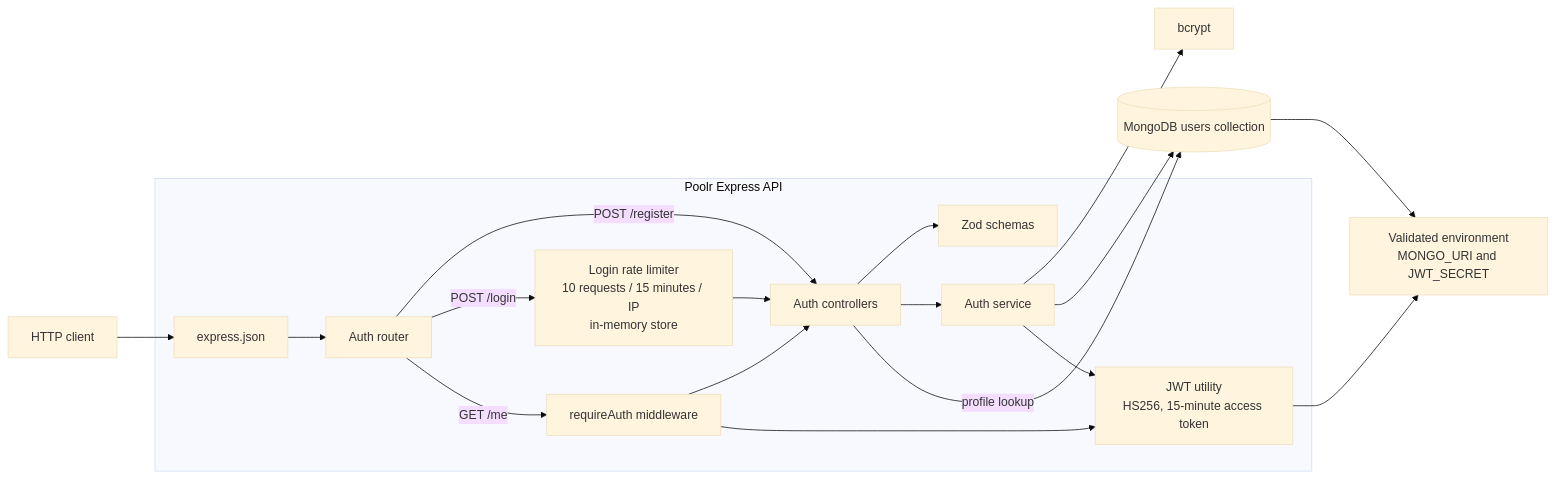
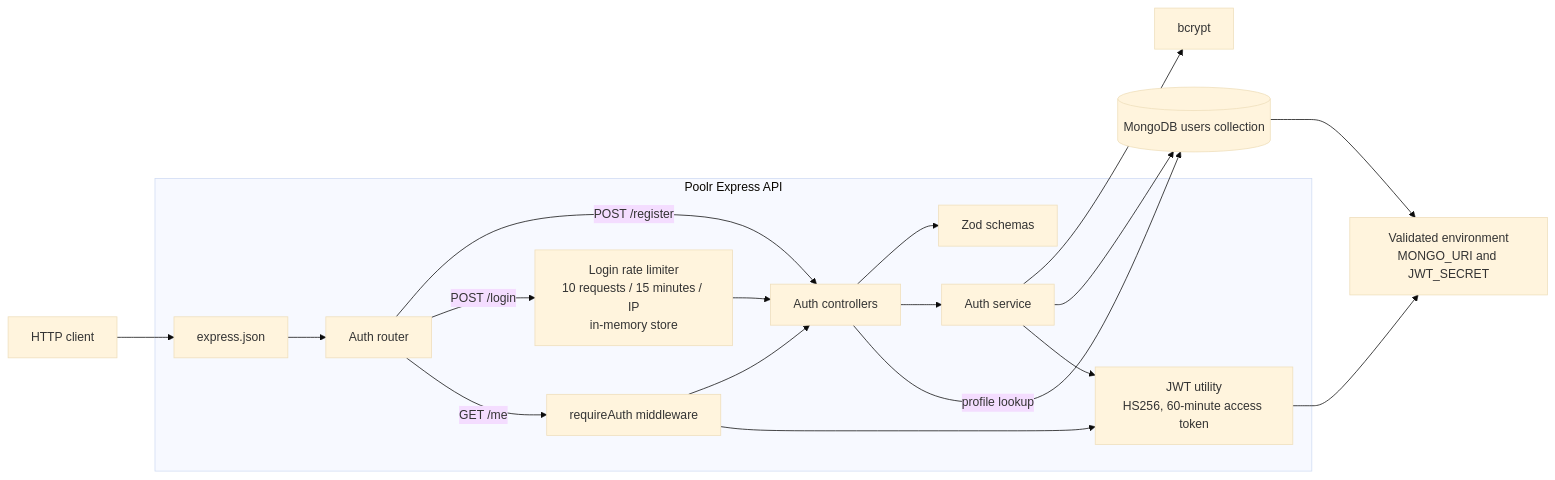
One commit to Rithvik911/Poolr changed the first of 4 diagrams in docs/architecture/authentication.md. Above: the diagram before and after it, drawn with Mermaid (base theme). The commit also changed other lines of this file and 7 other files, not shown here.

````diff
--- a/docs/architecture/authentication.md
+++ b/docs/architecture/authentication.md
@@ -7,33 +7,33 @@
 ```mermaid
 flowchart LR
     Client[HTTP client]
 
     subgraph API[Poolr Express API]
         JSON[express.json]
         Router[Auth router]
         LoginLimit[Login rate limiter\n10 requests / 15 minutes / IP\nin-memory store]
         AuthGuard[requireAuth middleware]
         Controller[Auth controllers]
         Validator[Zod schemas]
         Service[Auth service]
-        JWT[JWT utility\nHS256, 15-minute access token]
+        JWT[JWT utility\nHS256, 60-minute access token]
     end
 
     Bcrypt[bcrypt]
     Mongo[(MongoDB users collection)]
     Env[Validated environment\nMONGO_URI and JWT_SECRET]
 
     Client --> JSON --> Router
     Router -->|POST /register| Controller
     Router -->|POST /login| LoginLimit --> Controller
     Router -->|GET /me| AuthGuard --> Controller
     Controller --> Validator
     Controller --> Service
     Controller -->|profile lookup| Mongo
     Service --> Bcrypt
     Service --> Mongo
     Service --> JWT
     AuthGuard --> JWT
     JWT --> Env
     Mongo --> Env
 ```
````
